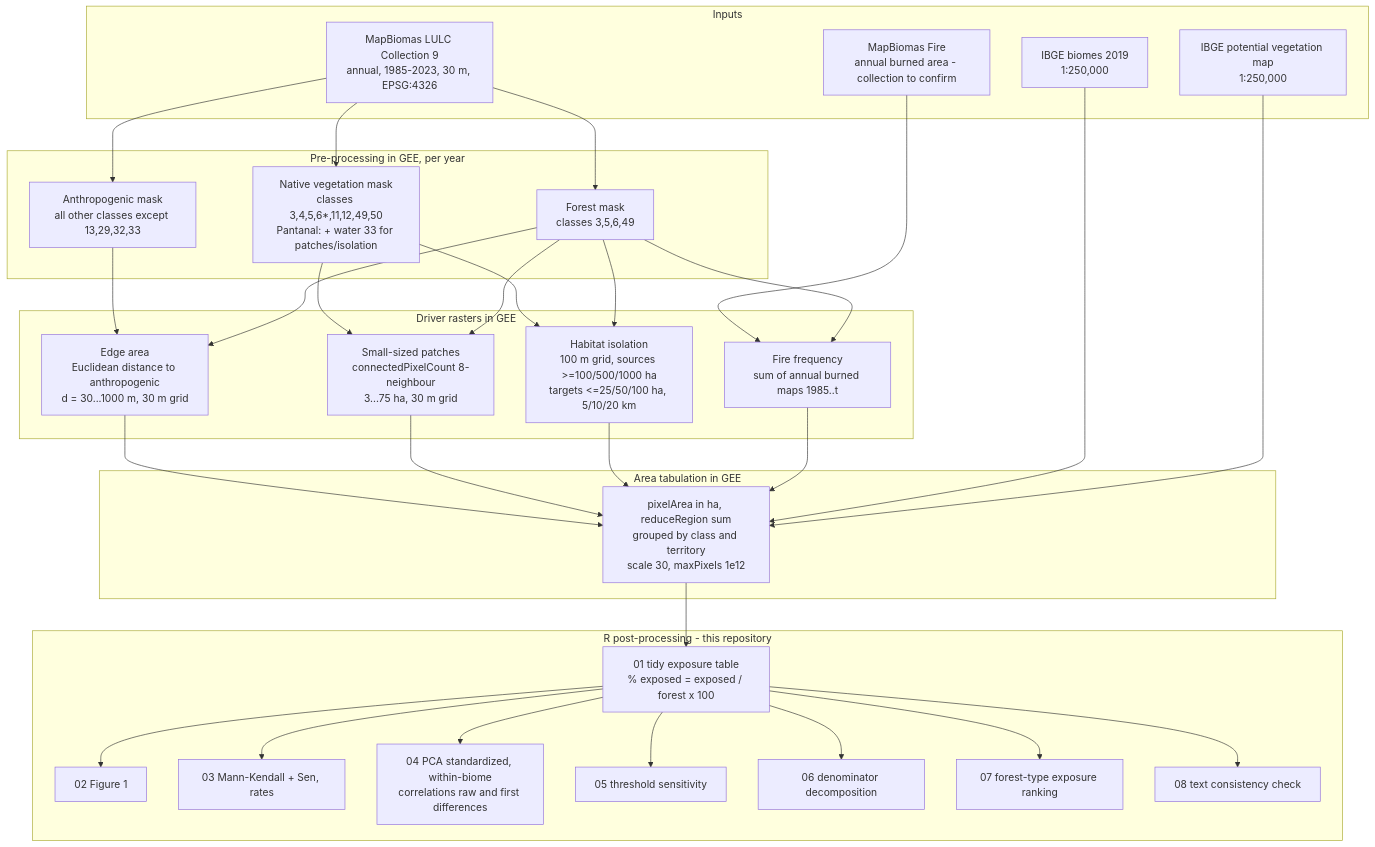
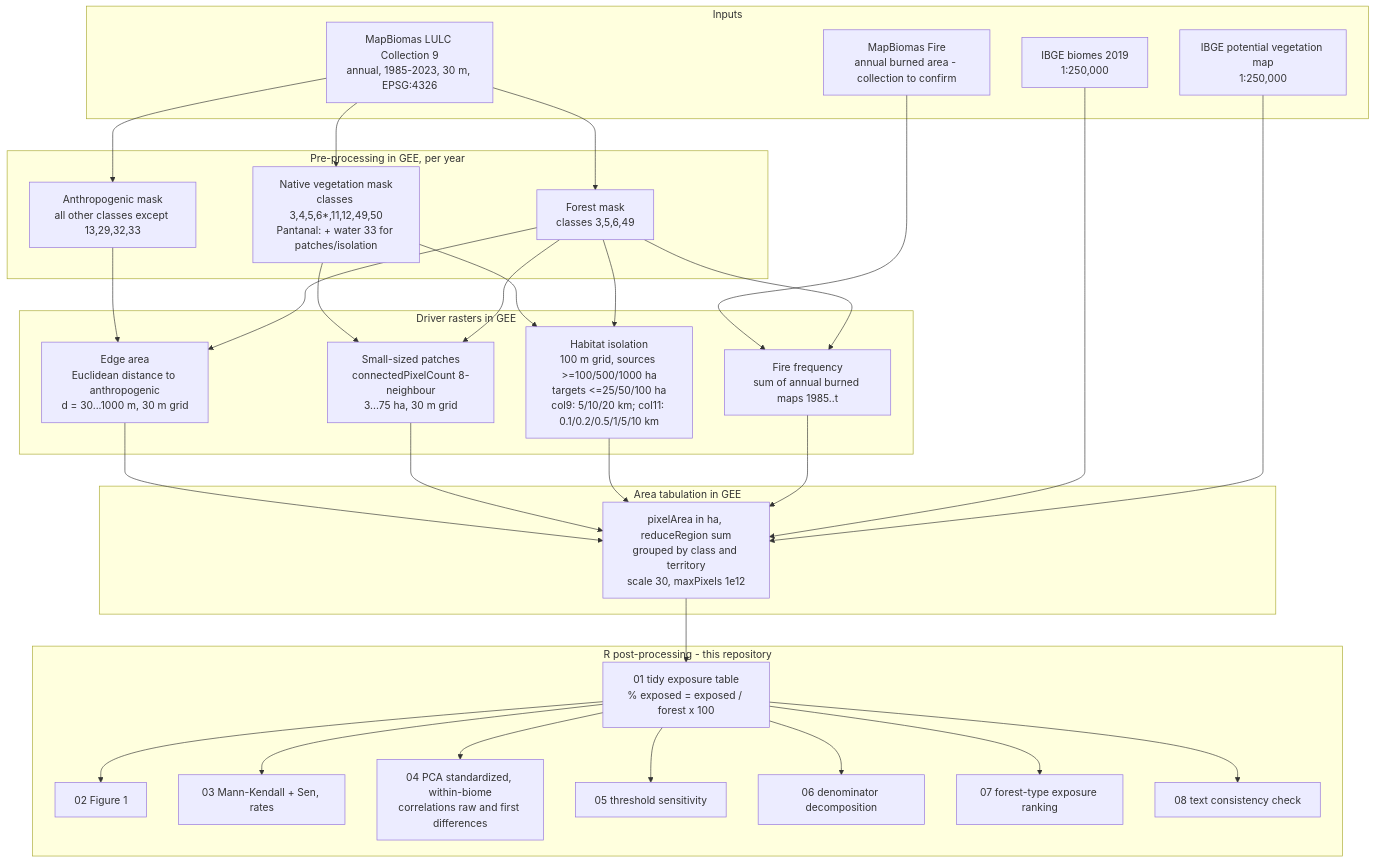
Before and after one commit to dh-conciani/forest-exposure-brazil: the diagram in docs/workflow.md, drawn with Mermaid. The commit also changed 5 other files, not shown here.

````diff
--- a/docs/workflow.md
+++ b/docs/workflow.md
@@ -5,46 +5,46 @@
 ```mermaid
 flowchart TD
   subgraph IN[Inputs]
     A1[MapBiomas LULC Collection 9<br/>annual, 1985-2023, 30 m, EPSG:4326]
     A2[MapBiomas Fire<br/>annual burned area - collection to confirm]
     A3[IBGE biomes 2019<br/>1:250,000]
     A4[IBGE potential vegetation map<br/>1:250,000]
   end
 
   subgraph PRE[Pre-processing in GEE, per year]
     B1[Native vegetation mask<br/>classes 3,4,5,6*,11,12,49,50<br/>Pantanal: + water 33 for patches/isolation]
     B2[Anthropogenic mask<br/>all other classes except 13,29,32,33]
     B3[Forest mask<br/>classes 3,5,6,49]
   end
 
   subgraph DRV[Driver rasters in GEE]
     C1[Edge area<br/>Euclidean distance to anthropogenic<br/>d = 30...1000 m, 30 m grid]
     C2[Small-sized patches<br/>connectedPixelCount 8-neighbour<br/>3...75 ha, 30 m grid]
-    C3[Habitat isolation<br/>100 m grid, sources >=100/500/1000 ha<br/>targets <=25/50/100 ha, 5/10/20 km]
+    C3[Habitat isolation<br/>100 m grid, sources >=100/500/1000 ha<br/>targets <=25/50/100 ha<br/>col9: 5/10/20 km; col11: 0.1/0.2/0.5/1/5/10 km]
     C4[Fire frequency<br/>sum of annual burned maps 1985..t]
   end
 
   subgraph TAB[Area tabulation in GEE]
     D1[pixelArea in ha, reduceRegion sum<br/>grouped by class and territory<br/>scale 30, maxPixels 1e12]
   end
 
   subgraph R[R post-processing - this repository]
     E1[01 tidy exposure table<br/>% exposed = exposed / forest x 100]
     E2[02 Figure 1]
     E3[03 Mann-Kendall + Sen, rates]
     E4[04 PCA standardized, within-biome<br/>correlations raw and first differences]
     E5[05 threshold sensitivity]
     E6[06 denominator decomposition]
     E7[07 forest-type exposure ranking]
     E8[08 text consistency check]
   end
 
   A1 --> B1 & B2 & B3
   B1 --> C2 & C3
   B2 --> C1
   A2 --> C4
   B3 --> C1 & C2 & C3 & C4
   C1 & C2 & C3 & C4 --> D1
   A3 & A4 --> D1
   D1 --> E1 --> E2 & E3 & E4 & E5 & E6 & E7 & E8
 ```
````
